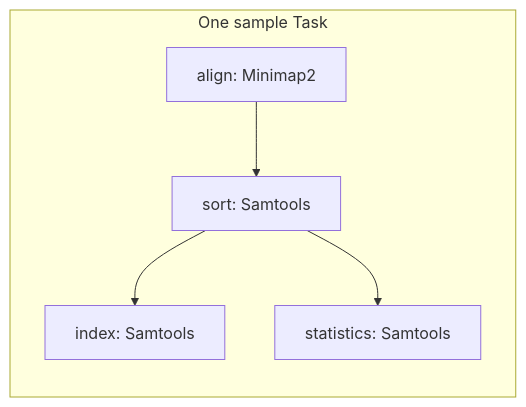
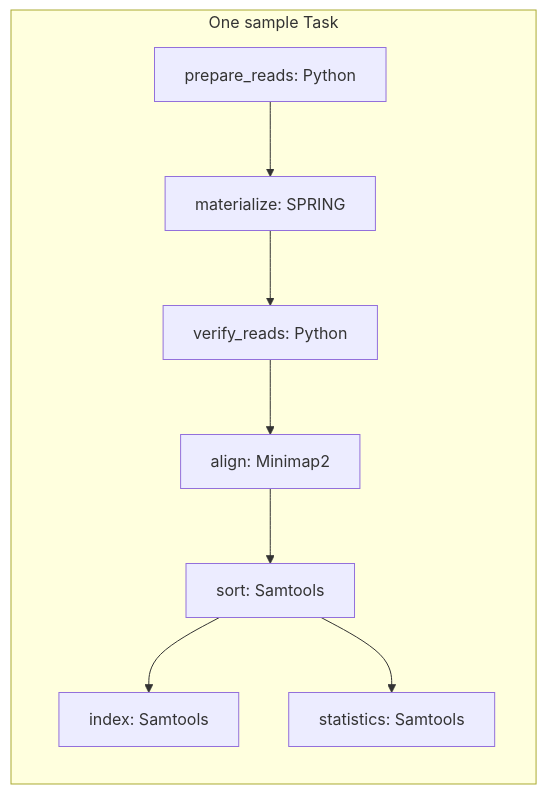
Before and after one commit to MOMA-AUH/gwflow: the first of 2 diagrams in example/README.md, drawn with Mermaid. The commit also changed other lines of this file and 17 other files, not shown here.

````diff
--- a/example/README.md
+++ b/example/README.md
@@ -18,8 +18,11 @@
 ```mermaid
 flowchart LR
     subgraph sample[One sample Task]
+        P[prepare_reads: Python] --> M[materialize: SPRING]
+        M --> V[verify_reads: Python]
+        V --> A
         A[align: Minimap2] --> B[sort: Samtools]
         B --> C[index: Samtools]
         B --> D[statistics: Samtools]
     end
 ```
````
